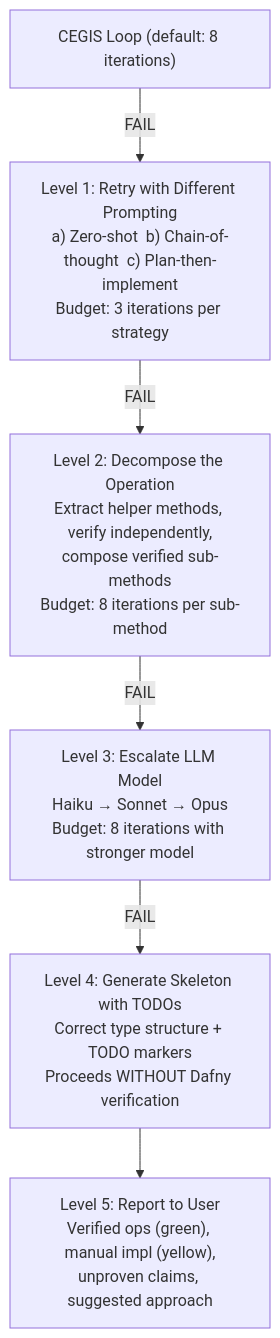
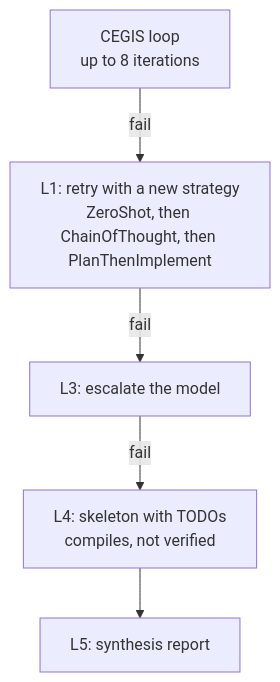
The diagram in docs/content/docs/research/llm_verifier_synthesis/triangulation-and-fallback.md (HardMax71/spec_to_rest), drawn with Mermaid before and after one commit. The commit also changed other lines of this file and 1 other file, not shown here.

````diff
--- a/docs/content/docs/research/llm_verifier_synthesis/triangulation-and-fallback.md
+++ b/docs/content/docs/research/llm_verifier_synthesis/triangulation-and-fallback.md
@@ -242,9 +31,7 @@
 ```mermaid
 flowchart TD
-  CEGIS["CEGIS Loop (default: 8 iterations)"]
-  CEGIS -->|FAIL| L1["Level 1: Retry with Different Prompting\na) Zero-shot  b) Chain-of-thought  c) Plan-then-implement\nBudget: 3 iterations per strategy"]
-  L1 -->|FAIL| L2["Level 2: Decompose the Operation\nExtract helper methods, verify independently,\ncompose verified sub-methods\nBudget: 8 iterations per sub-method"]
-  L2 -->|FAIL| L3["Level 3: Escalate LLM Model\nHaiku → Sonnet → Opus\nBudget: 8 iterations with stronger model"]
-  L3 -->|FAIL| L4["Level 4: Generate Skeleton with TODOs\nCorrect type structure + TODO markers\nProceeds WITHOUT Dafny verification"]
-  L4 --> L5["Level 5: Report to User\nVerified ops (green), manual impl (yellow),\nunproven claims, suggested approach"]
+  CEGIS["CEGIS loop<br/>up to 8 iterations"] -->|"fail"| L1["L1: retry with a new strategy<br/>ZeroShot, then ChainOfThought, then PlanThenImplement"]
+  L1 -->|"fail"| L3["L3: escalate the model"]
+  L3 -->|"fail"| L4["L4: skeleton with TODOs<br/>compiles, not verified"]
+  L4 --> L5["L5: synthesis report"]
 ```
````
